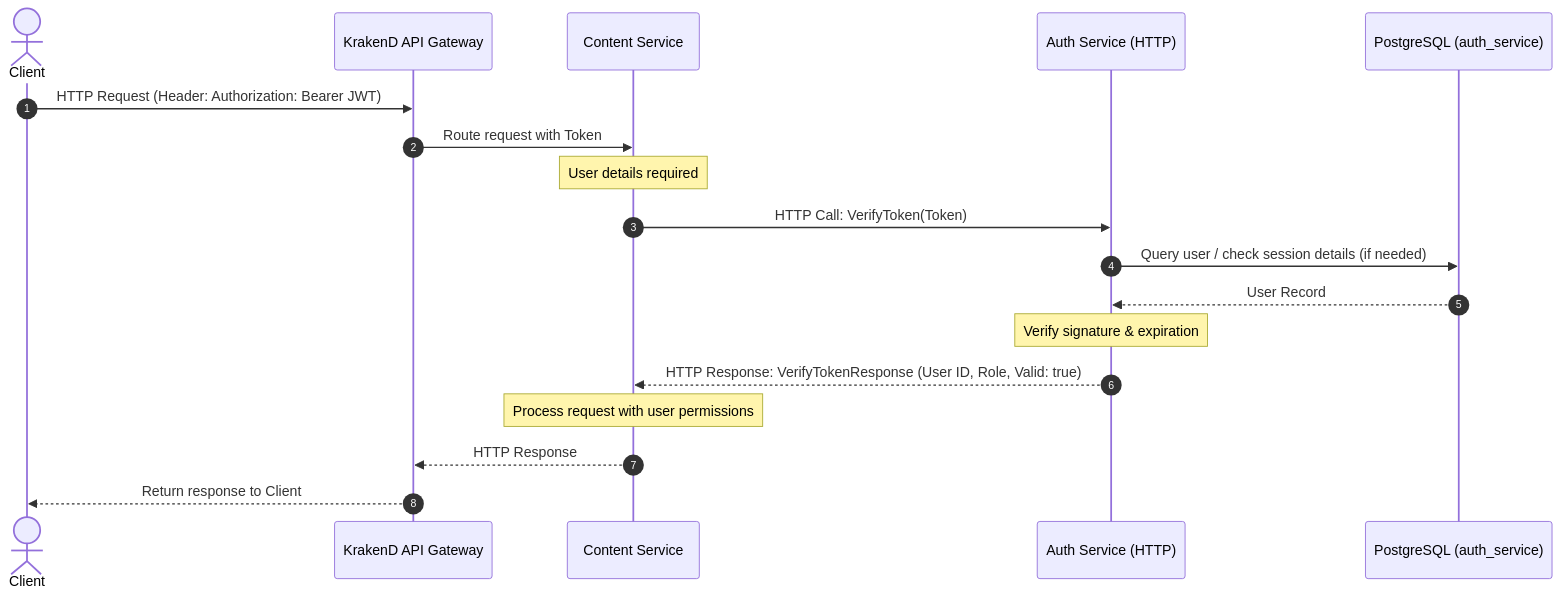
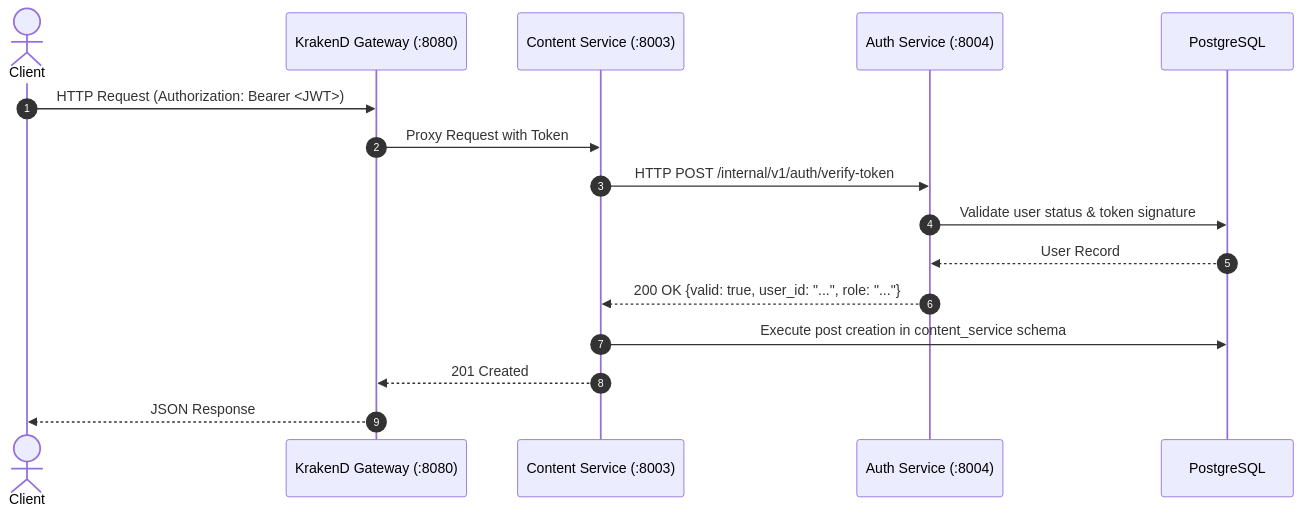
One commit to PhamHao1412/writeful changed the second of 3 diagrams in README.md. Above: the diagram before and after it, drawn with Mermaid. The commit also changed other lines of this file, not shown here.

````diff
--- a/README.md
+++ b/README.md
@@ -90,21 +86,19 @@
 ```mermaid
 sequenceDiagram
     autonumber
     actor Client
-    participant Gateway as KrakenD API Gateway
-    participant Service as Content Service
-    participant Auth as Auth Service (HTTP)
-    participant DB as PostgreSQL (auth_service)
+    participant Gateway as KrakenD Gateway (:8080)
+    participant Content as Content Service (:8003)
+    participant Auth as Auth Service (:8004)
+    participant DB as PostgreSQL
 
-    Client->>Gateway: HTTP Request (Header: Authorization: Bearer JWT)
-    Gateway->>Service: Route request with Token
-    Note over Service: User details required
-    Service->>Auth: HTTP Call: VerifyToken(Token)
-    Auth->>DB: Query user / check session details (if needed)
+    Client->>Gateway: HTTP Request (Authorization: Bearer <JWT>)
+    Gateway->>Content: Proxy Request with Token
+    Content->>Auth: HTTP POST /internal/v1/auth/verify-token
+    Auth->>DB: Validate user status & token signature
     DB-->>Auth: User Record
-    Note over Auth: Verify signature & expiration
-    Auth-->>Service: HTTP Response: VerifyTokenResponse (User ID, Role, Valid: true)
-    Note over Service: Process request with user permissions
-    Service-->>Gateway: HTTP Response
-    Gateway-->>Client: Return response to Client
+    Auth-->>Content: 200 OK {valid: true, user_id: "...", role: "..."}
+    Content->>DB: Execute post creation in content_service schema
+    Content-->>Gateway: 201 Created
+    Gateway-->>Client: JSON Response
 ```
````
